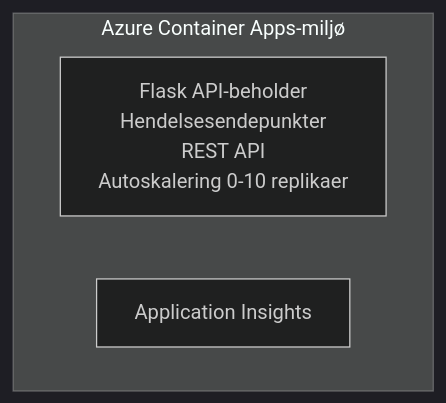
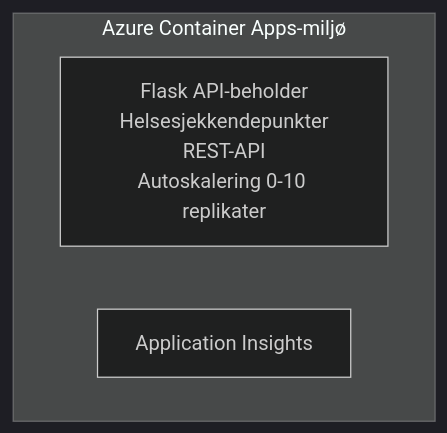
The diagram in translations/no/examples/container-app/simple-flask-api/README.md (microsoft/AZD-for-beginners), drawn with Mermaid (dark theme) before and after one commit. The commit also changed other lines of this file and 104 other files, not shown here.

````diff
--- a/translations/no/examples/container-app/simple-flask-api/README.md
+++ b/translations/no/examples/container-app/simple-flask-api/README.md
@@ -26,7 +26,7 @@
 ```mermaid
 graph TD
     subgraph ACA[Azure Container Apps-miljø]
-        Flask[Flask API-beholder<br/>Hendelsesendepunkter<br/>REST API<br/>Autoskalering 0-10 replikaer]
+        Flask[Flask API-beholder<br/>Helsesjekkendepunkter<br/>REST-API<br/>Autoskalering 0-10 replikater]
         AppInsights[Application Insights]
     end
 ```
````
